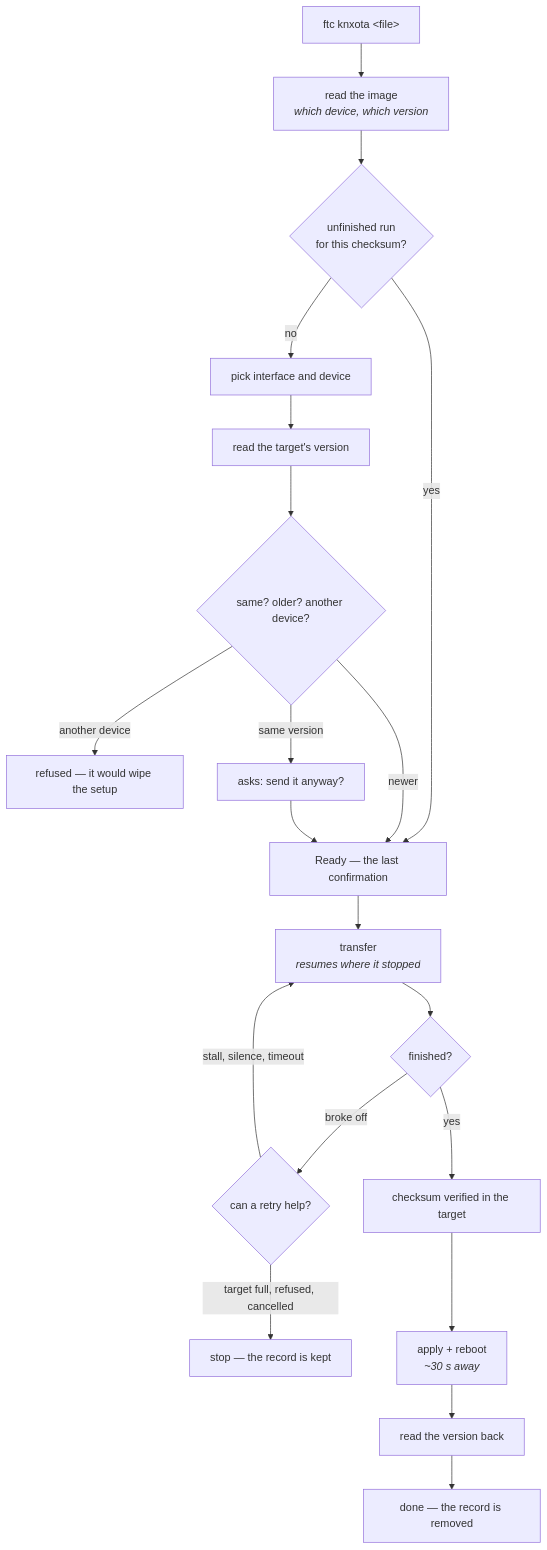
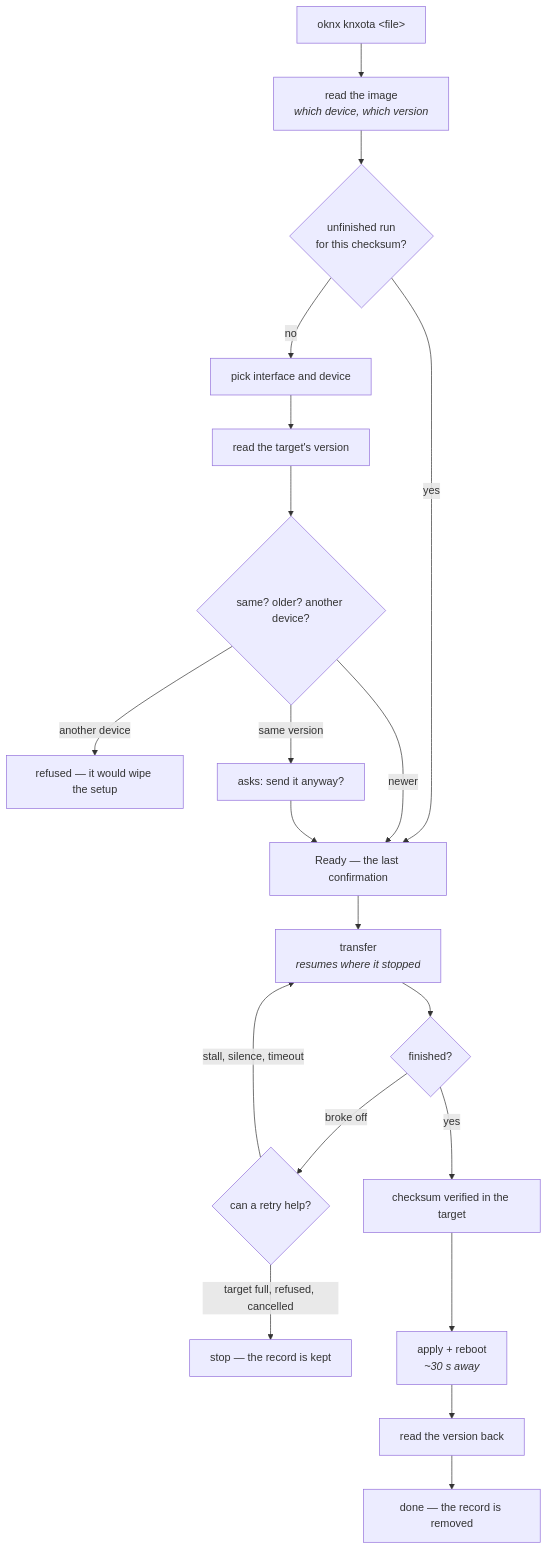
Before and after one commit to OpenKNX/OFM-FileTransferModule: the diagram in doc/guide/firmware-update.md, drawn with Mermaid. The commit also changed other lines of this file and 98 other files, not shown here.

First line of the commit message:
refactor - oknx: rename the desktop tool from ftc to oknx

````diff
--- a/doc/guide/firmware-update.md
+++ b/doc/guide/firmware-update.md
@@ -16,22 +16,22 @@
 ```mermaid
 flowchart TD
-    A["ftc knxota &lt;file&gt;"] --> B["read the image<br/><i>which device, which version</i>"]
+    A["oknx knxota &lt;file&gt;"] --> B["read the image<br/><i>which device, which version</i>"]
     B --> C{"unfinished run<br/>for this checksum?"}
     C -->|yes| G
     C -->|no| D["pick interface and device"]
     D --> E["read the target's version"]
     E --> F{"same? older? another device?"}
     F -->|"another device"| X["refused — it would wipe the setup"]
     F -->|"same version"| Y["asks: send it anyway?"]
     F -->|"newer"| G
     Y --> G
     G["Ready — the last confirmation"] --> H["transfer<br/><i>resumes where it stopped</i>"]
     H --> I{"finished?"}
     I -->|"broke off"| J{"can a retry help?"}
     J -->|"stall, silence, timeout"| H
     J -->|"target full, refused, cancelled"| K["stop — the record is kept"]
     I -->|yes| L["checksum verified in the target"]
     L --> M["apply + reboot<br/><i>~30 s away</i>"]
     M --> N["read the version back"]
     N --> O["done — the record is removed"]
 ```
````
